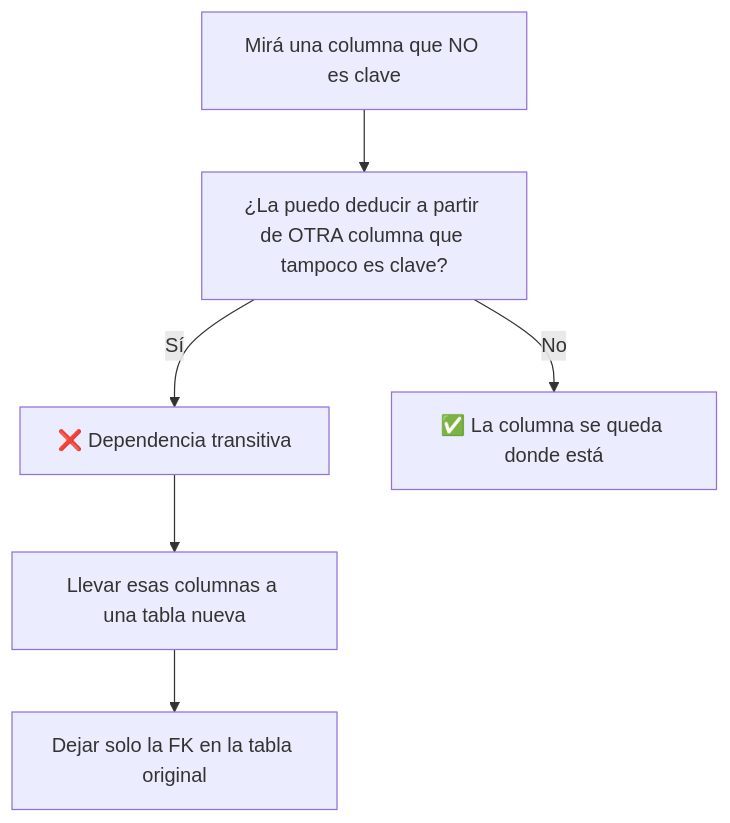
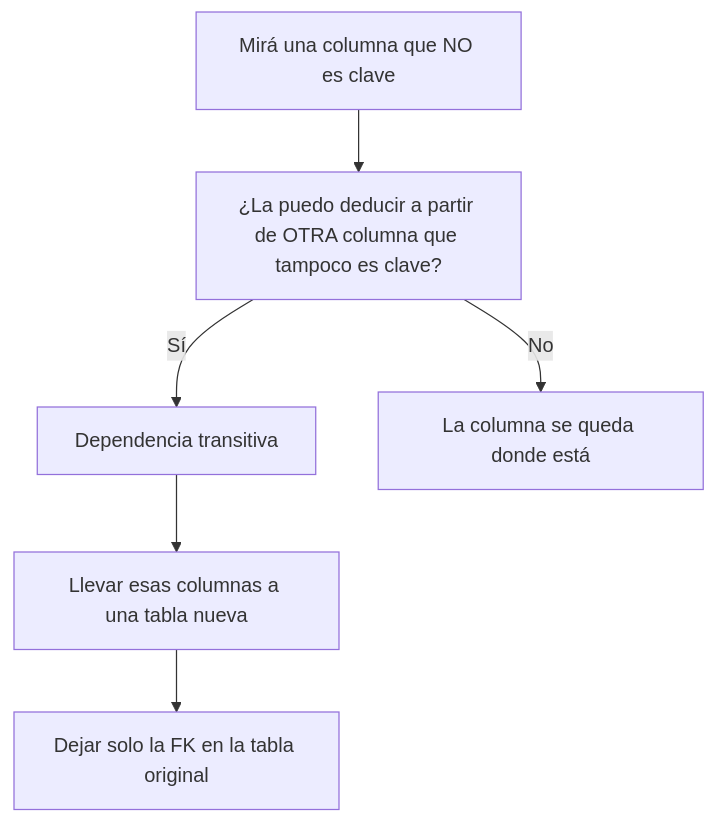
Diagram 15 of 18 in documentacion/Semana-02-Esquemas-Conceptos.md (leanaraque/data_analytics_2026), drawn with Mermaid before and after one commit. The commit also changed other lines of this file and 109 other files, not shown here.

````diff
--- a/documentacion/Semana-02-Esquemas-Conceptos.md
+++ b/documentacion/Semana-02-Esquemas-Conceptos.md
@@ -290,8 +290,8 @@
 ```mermaid
 flowchart TB
     P["Mirá una columna que NO es clave"] --> Q["¿La puedo deducir a partir de OTRA columna que tampoco es clave?"]
-    Q -- "Sí" --> S1["❌ Dependencia transitiva"]
+    Q -- "Sí" --> S1["Dependencia transitiva"]
     S1 --> S2["Llevar esas columnas a una tabla nueva"]
     S2 --> S3["Dejar solo la FK en la tabla original"]
-    Q -- "No" --> N1["✅ La columna se queda donde está"]
+    Q -- "No" --> N1["La columna se queda donde está"]
 ```
````
